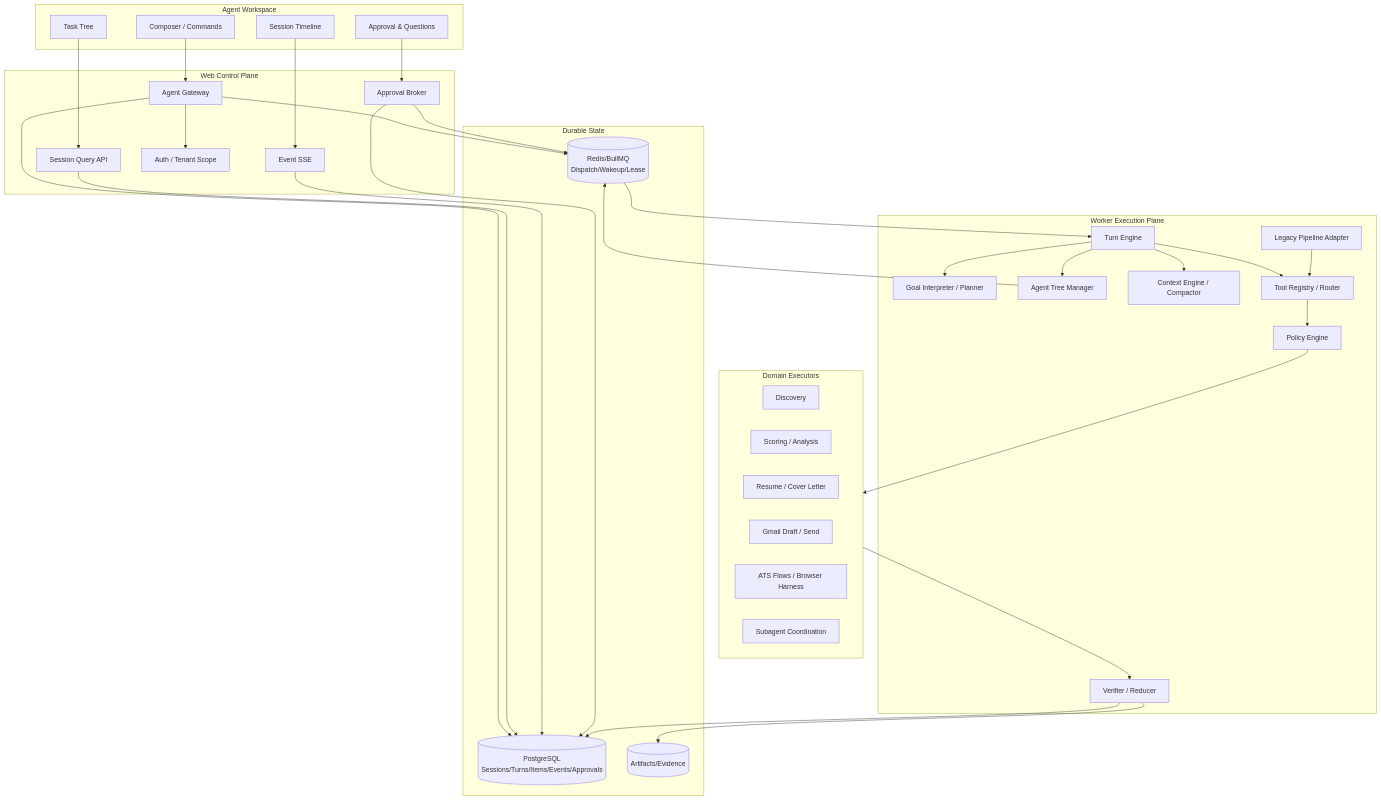
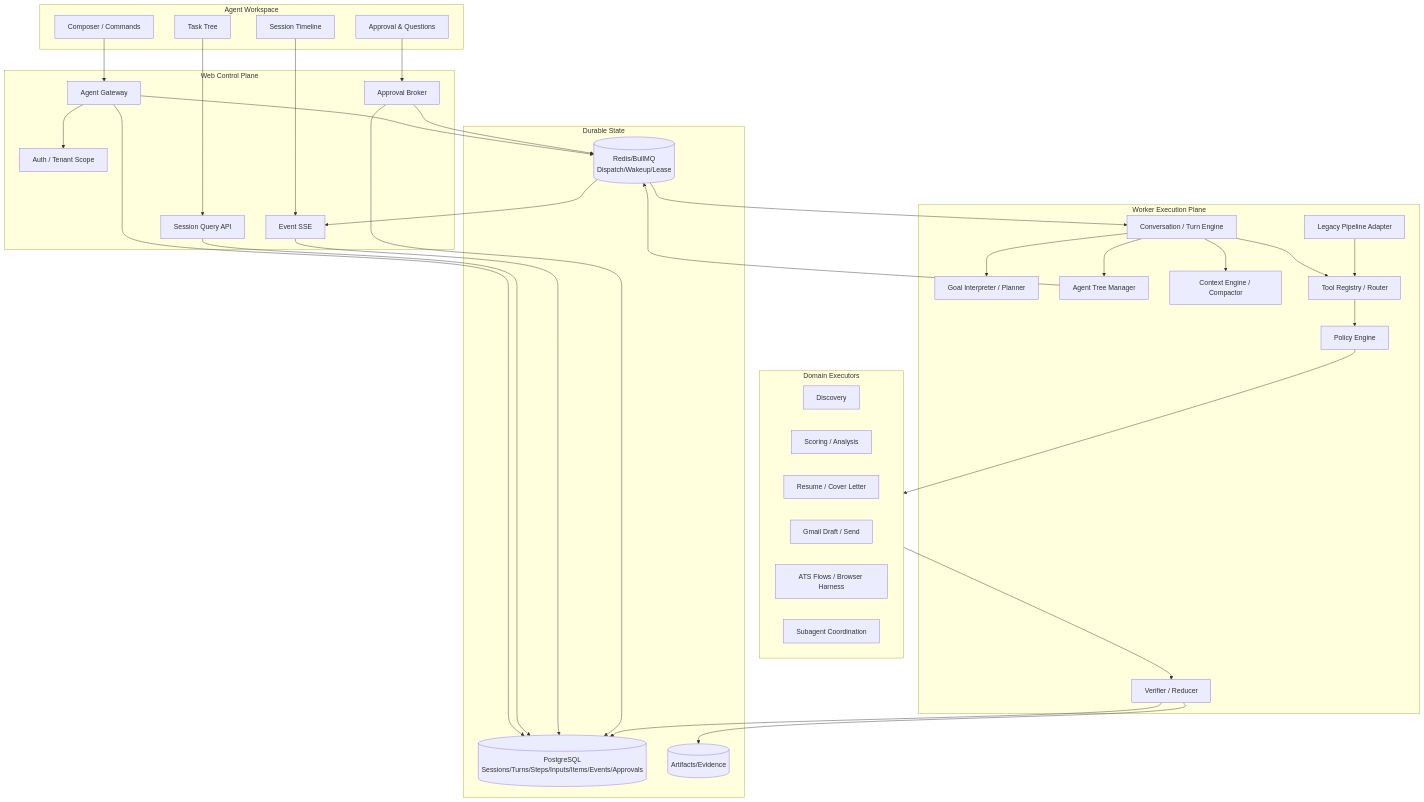
The second of 6 diagrams in docs/agent-harness-v2-technical-design.md (YuanshuoDu/applymate-jobcopilot), drawn with Mermaid before and after one commit. The commit also changed other lines of this file, not shown here.

````diff
--- a/docs/agent-harness-v2-technical-design.md
+++ b/docs/agent-harness-v2-technical-design.md
@@ -273,68 +304,69 @@
 ```mermaid
 flowchart TB
   subgraph Client[Agent Workspace]
     Composer[Composer / Commands]
     Timeline[Session Timeline]
     Tasks[Task Tree]
     ApprovalUI[Approval & Questions]
   end
 
   subgraph Control[Web Control Plane]
     Gateway[Agent Gateway]
     Query[Session Query API]
     Stream[Event SSE]
     Approval[Approval Broker]
     Auth[Auth / Tenant Scope]
   end
 
   subgraph Runtime[Worker Execution Plane]
-    TurnEngine[Turn Engine]
+    TurnEngine[Conversation / Turn Engine]
     Planner[Goal Interpreter / Planner]
     Tree[Agent Tree Manager]
     Context[Context Engine / Compactor]
     Tools[Tool Registry / Router]
     Policy[Policy Engine]
     Verify[Verifier / Reducer]
     Legacy[Legacy Pipeline Adapter]
   end
 
   subgraph Executors[Domain Executors]
     Discovery[Discovery]
     Analysis[Scoring / Analysis]
     Materials[Resume / Cover Letter]
     Gmail[Gmail Draft / Send]
     Browser[ATS Flows / Browser Harness]
     Coordination[Subagent Coordination]
   end
 
   subgraph Data[Durable State]
-    PG[(PostgreSQL\nSessions/Turns/Items/Events/Approvals)]
+    PG[(PostgreSQL\nSessions/Turns/Steps/Inputs/Items/Events/Approvals)]
     Redis[(Redis/BullMQ\nDispatch/Wakeup/Lease)]
     Artifacts[(Artifacts/Evidence)]
   end
 
   Composer --> Gateway
   Gateway --> Auth
   Gateway --> PG
   Gateway --> Redis
   Query --> PG
   Stream --> PG
+  Redis --> Stream
   ApprovalUI --> Approval
   Approval --> PG
   Approval --> Redis
 
   Redis --> TurnEngine
   TurnEngine --> Planner
   TurnEngine --> Tree
   TurnEngine --> Context
   TurnEngine --> Tools
   Tools --> Policy
   Policy --> Executors
   Executors --> Verify
   Verify --> PG
   Verify --> Artifacts
   Legacy --> Tools
   Tree --> Redis
   Timeline --> Stream
   Tasks --> Query
 ```
````
